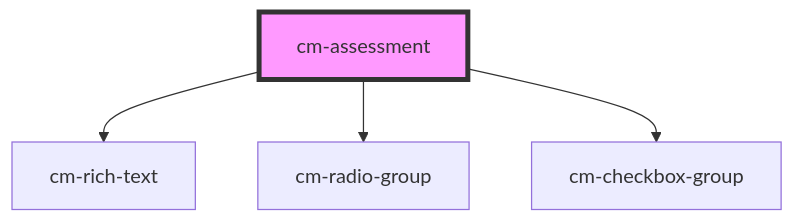
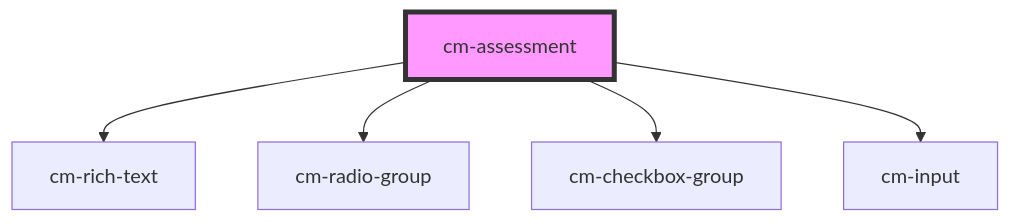
Before and after one commit to andriivarhanov/cm-assessment: the diagram in src/components/cm-assessment/readme.md, drawn with Mermaid. The commit also changed other lines of this file and 2 other files, not shown here.

````diff
--- a/src/components/cm-assessment/readme.md
+++ b/src/components/cm-assessment/readme.md
@@ -28,7 +36,8 @@
 ```mermaid
 graph TD;
   cm-assessment --> cm-rich-text
   cm-assessment --> cm-radio-group
   cm-assessment --> cm-checkbox-group
+  cm-assessment --> cm-input
   style cm-assessment fill:#f9f,stroke:#333,stroke-width:4px
 ```
````
